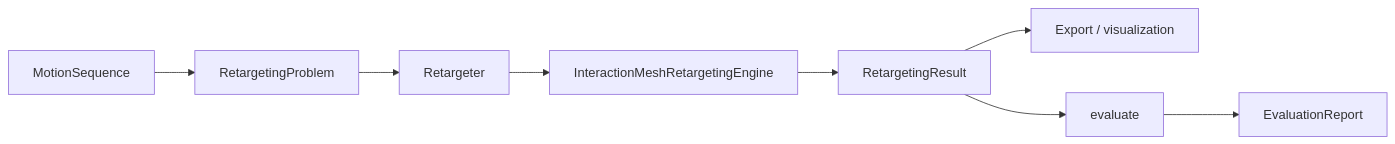
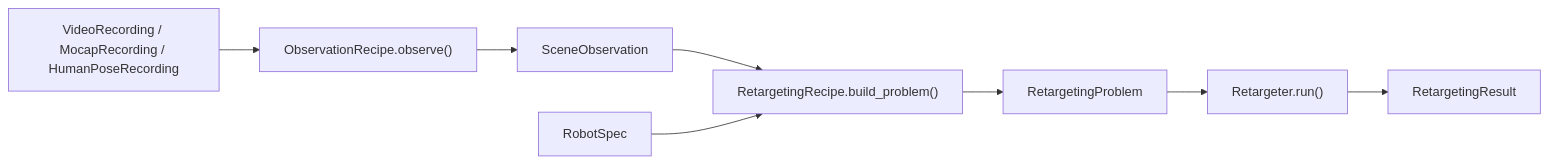
The diagram in docs/architecture.md (ryanrudes/retarget), drawn with Mermaid before and after one commit. The commit also changed other lines of this file and 133 other files, not shown here.

````diff
--- a/docs/architecture.md
+++ b/docs/architecture.md
@@ -10,10 +6,13 @@
 ```mermaid
 flowchart LR
-  motion[MotionSequence] --> problem[RetargetingProblem]
-  problem --> retargeter[Retargeter]
-  retargeter --> engine[InteractionMeshRetargetingEngine]
-  engine --> result[RetargetingResult]
-  result --> export[Export / visualization]
-  result --> eval_fn[evaluate]
-  eval_fn --> report[EvaluationReport]
+  native["VideoRecording / MocapRecording / HumanPoseRecording"]
+  observe["ObservationRecipe.observe()"]
+  scene["SceneObservation"]
+  adapt["RetargetingRecipe.build_problem()"]
+  problem["RetargetingProblem"]
+  run["Retargeter.run()"]
+  result["RetargetingResult"]
+
+  native --> observe --> scene --> adapt --> problem --> run --> result
+  robot["RobotSpec"] --> adapt
 ```
````
